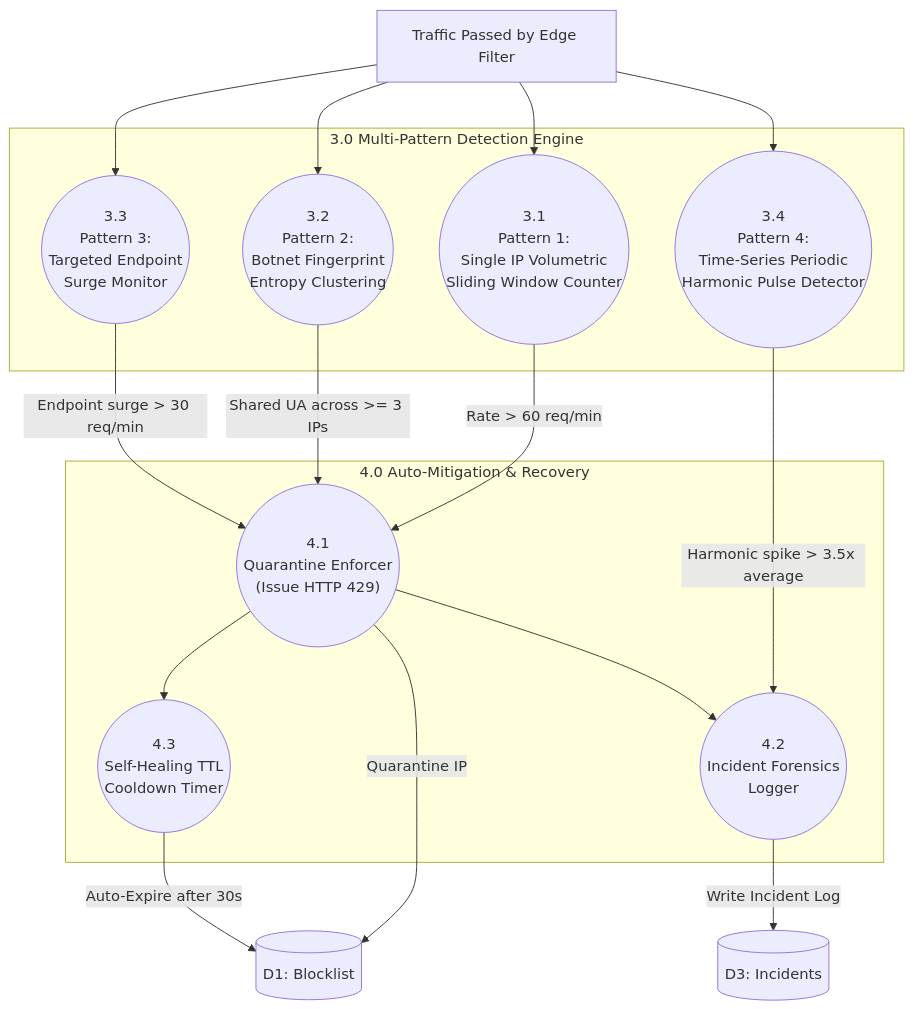
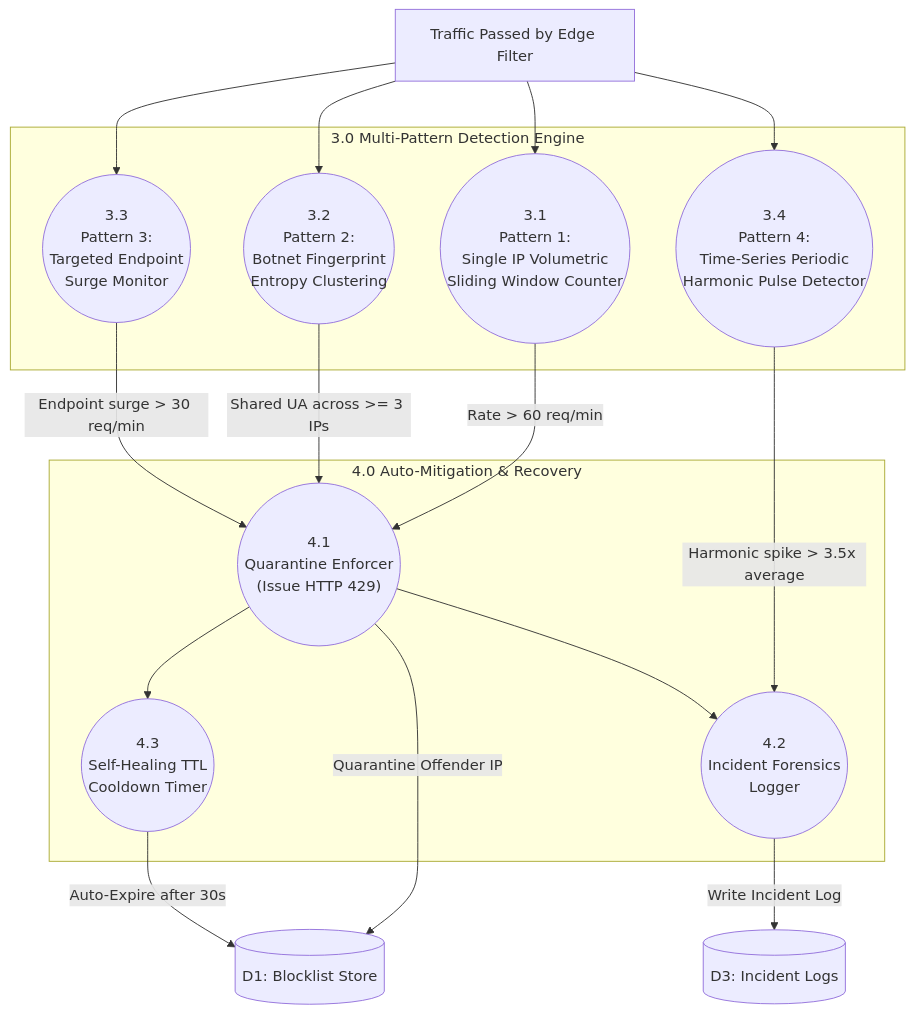
One commit to sharmavikas18/cloud-ddos-protection-system changed the fourth of 4 diagrams in docs/er_and_dfd_diagrams.md. Above: the diagram before and after it, drawn with Mermaid. The commit also changed other lines of this file and 1 other file, not shown here.

Commit message:
fix(diagrams): correct Mermaid arrow syntax in DFD Level 1 and Level 2

````diff
--- a/docs/er_and_dfd_diagrams.md
+++ b/docs/er_and_dfd_diagrams.md
@@ -133,33 +135,36 @@
 ```mermaid
 graph TD
     CleanTraffic["Traffic Passed by Edge Filter"]
 
     subgraph DetectionEngine["3.0 Multi-Pattern Detection Engine"]
         P3_1(("3.1<br/>Pattern 1:<br/>Single IP Volumetric<br/>Sliding Window Counter"))
         P3_2(("3.2<br/>Pattern 2:<br/>Botnet Fingerprint<br/>Entropy Clustering"))
         P3_3(("3.3<br/>Pattern 3:<br/>Targeted Endpoint<br/>Surge Monitor"))
         P3_4(("3.4<br/>Pattern 4:<br/>Time-Series Periodic<br/>Harmonic Pulse Detector"))
     end
 
     subgraph MitigationCore["4.0 Auto-Mitigation & Recovery"]
         P4_1(("4.1<br/>Quarantine Enforcer<br/>(Issue HTTP 429)"))
         P4_2(("4.2<br/>Incident Forensics<br/>Logger"))
         P4_3(("4.3<br/>Self-Healing TTL<br/>Cooldown Timer"))
     end
 
-    BlocklistDB[("D1: Blocklist")]
-    IncidentsDB[("D3: Incidents")]
+    BlocklistDB[("D1: Blocklist Store")]
+    IncidentsDB[("D3: Incident Logs")]
 
-    CleanTraffic --> P3_1 & P3_2 & P3_3 & P3_4
+    CleanTraffic --> P3_1
+    CleanTraffic --> P3_2
+    CleanTraffic --> P3_3
+    CleanTraffic --> P3_4
 
-    P3_1 -- "Rate > 60 req/min" --> P4_1
-    P3_2 -- "Shared UA across >= 3 IPs" --> P4_1
-    P3_3 -- "Endpoint surge > 30 req/min" --> P4_1
-    P3_4 -- "Harmonic spike > 3.5x average" --> P4_2
+    P3_1 -->|"Rate > 60 req/min"| P4_1
+    P3_2 -->|"Shared UA across >= 3 IPs"| P4_1
+    P3_3 -->|"Endpoint surge > 30 req/min"| P4_1
+    P3_4 -->|"Harmonic spike > 3.5x average"| P4_2
 
-    P4_1 -->|"Quarantine IP"| BlocklistDB
+    P4_1 -->|"Quarantine Offender IP"| BlocklistDB
     P4_1 --> P4_2
     P4_2 -->|"Write Incident Log"| IncidentsDB
     P4_1 --> P4_3
     P4_3 -->|"Auto-Expire after 30s"| BlocklistDB
 ```
````
